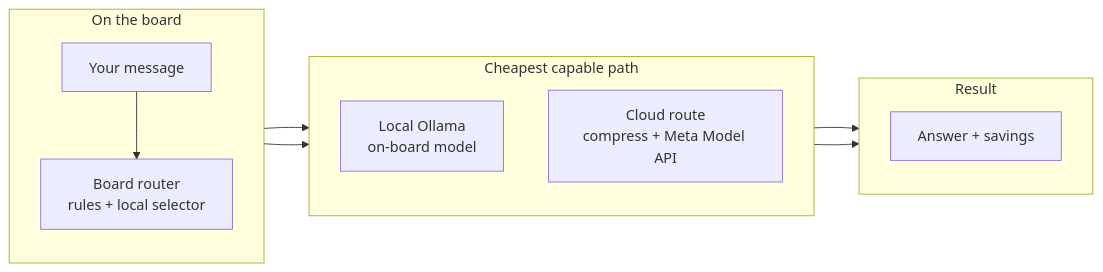
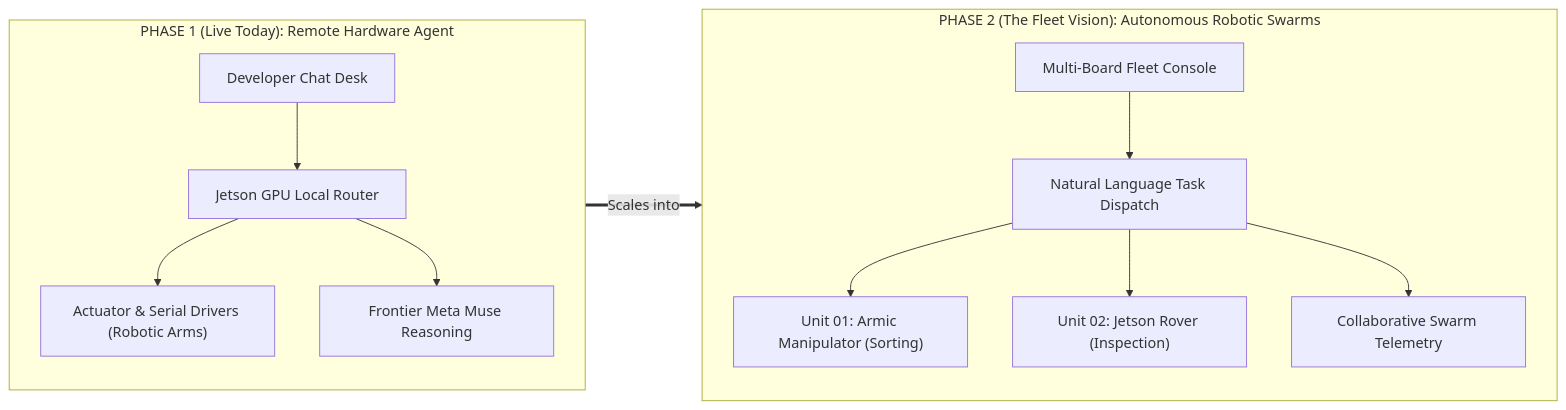
One commit to altaga/MetaDesk changed the first of 3 diagrams in README.md. Above: the diagram before and after it, drawn with Mermaid. The commit also changed other lines of this file and 3 other files, not shown here.

Commit message:
Elevate documentation for Cerebral Valley: robot fleet vision, hybrid ladder & serial driver

````diff
--- a/README.md
+++ b/README.md
@@ -54,21 +40,19 @@
 ```mermaid
 flowchart LR
-  subgraph Input["On the board"]
+  subgraph Phase1["PHASE 1 (Live Today): Remote Hardware Agent"]
     direction TB
-    Msg["Your message"] --> Decide["Board router<br/>rules + local selector"]
-  end
-  subgraph Paths["Cheapest capable path"]
-    direction TB
-    Local["Local Ollama<br/>on-board model"]
-    Cloud["Cloud route<br/>compress + Meta Model API"]
-  end
-  subgraph Finish["Result"]
-    direction TB
-    Stream["Answer + savings"]
+    P1A["Developer Chat Desk"] --> P1B["Jetson GPU Local Router"]
+    P1B --> P1C["Actuator & Serial Drivers (Robotic Arms)"]
+    P1B --> P1D["Frontier Meta Muse Reasoning"]
   end
 
-  Decide --> Local
-  Decide --> Cloud
-  Local --> Stream
-  Cloud --> Stream
+  subgraph Phase2["PHASE 2 (The Fleet Vision): Autonomous Robotic Swarms"]
+    direction TB
+    P2A["Multi-Board Fleet Console"] --> P2B["Natural Language Task Dispatch"]
+    P2B --> P2C["Unit 01: Armic Manipulator (Sorting)"]
+    P2B --> P2D["Unit 02: Jetson Rover (Inspection)"]
+    P2B --> P2E["Collaborative Swarm Telemetry"]
+  end
+
+  Phase1 ==>|Scales into| Phase2
 ```
````
